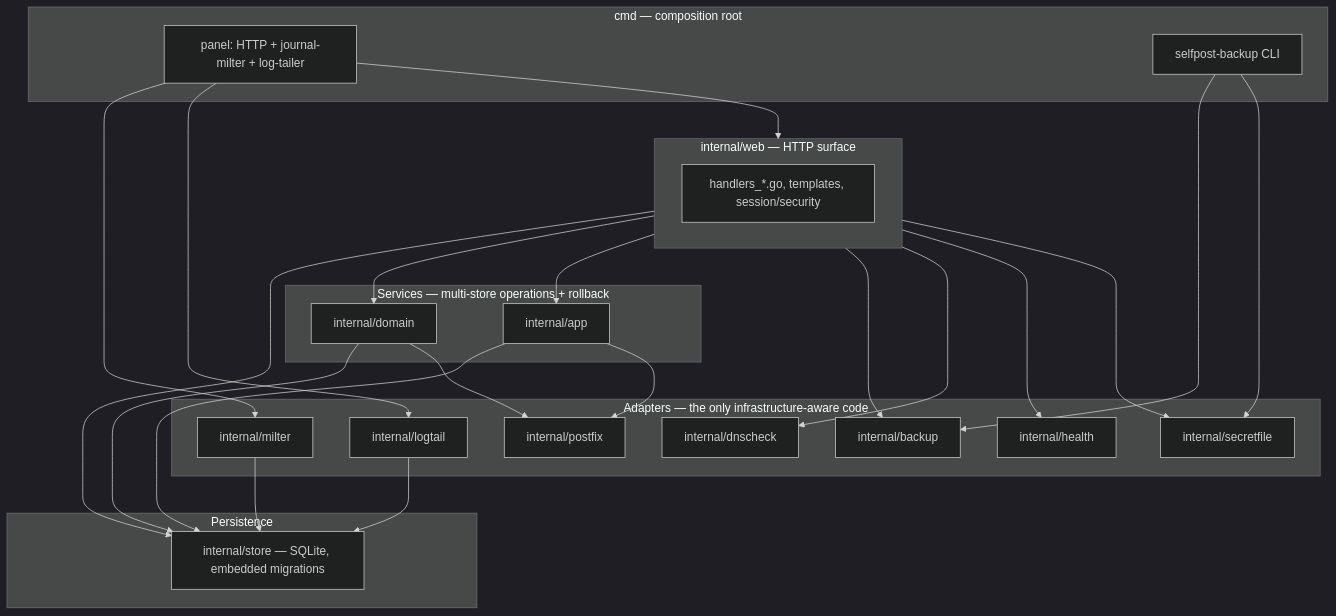
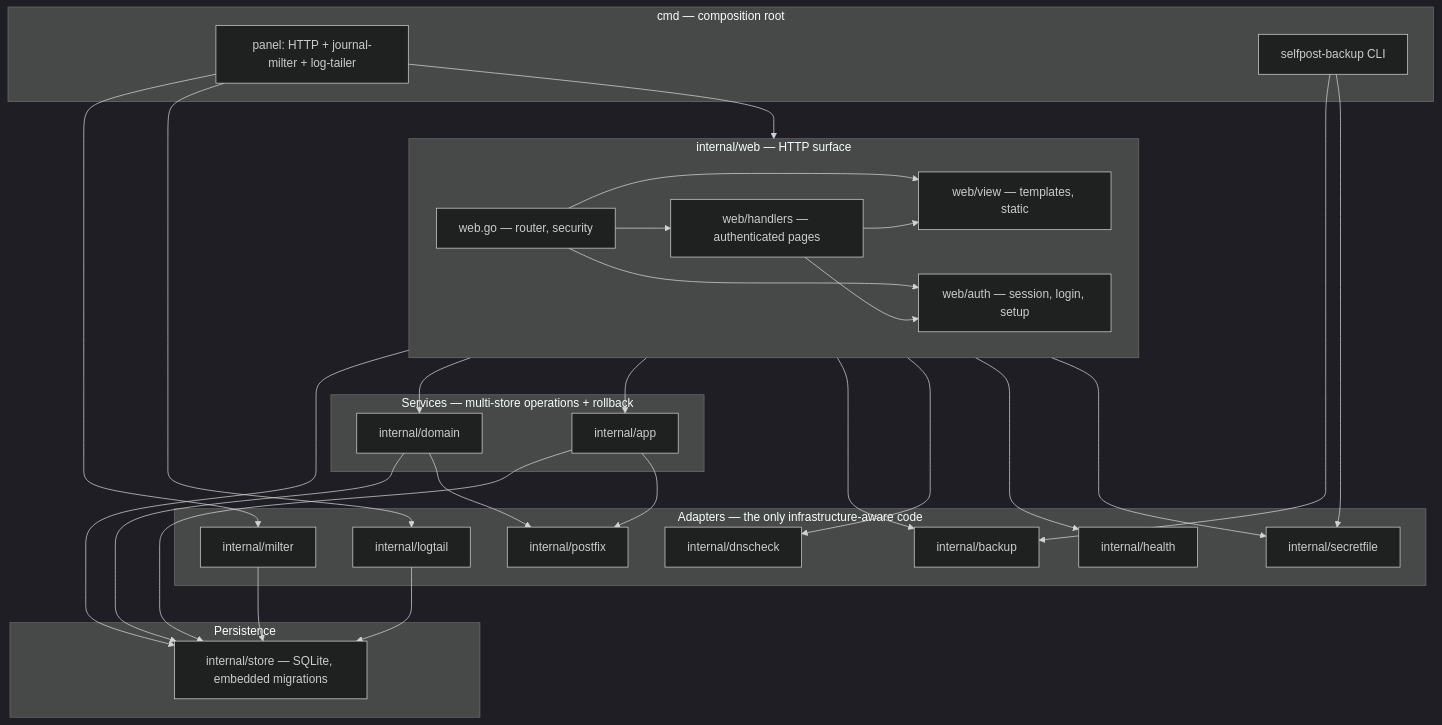
The diagram in docs/architecture.md (mixeme/selfpost), drawn with Mermaid (dark theme) before and after one commit. The commit also changed other lines of this file and 69 other files, not shown here.

````diff
--- a/docs/architecture.md
+++ b/docs/architecture.md
@@ -214,44 +214,52 @@
 ```mermaid
 flowchart TB
   subgraph cmd ["cmd — composition root"]
     panel["panel: HTTP + journal-milter + log-tailer"]
     backupcli["selfpost-backup CLI"]
   end
   subgraph web ["internal/web — HTTP surface"]
-    handlers["handlers_*.go, templates, session/security"]
+    webRoot["web.go — router, security"]
+    viewPkg["web/view — templates, static"]
+    authPkg["web/auth — session, login, setup"]
+    handlersPkg["web/handlers — authenticated pages"]
+    webRoot --> viewPkg
+    webRoot --> authPkg
+    webRoot --> handlersPkg
+    handlersPkg --> authPkg
+    handlersPkg --> viewPkg
   end
   subgraph services ["Services — multi-store operations + rollback"]
     domainSvc["internal/domain"]
     appSvc["internal/app"]
   end
   subgraph persistence ["Persistence"]
     store["internal/store — SQLite, embedded migrations"]
   end
   subgraph adapters ["Adapters — the only infrastructure-aware code"]
     postfix["internal/postfix"]
     milterPkg["internal/milter"]
     logtail["internal/logtail"]
     dnscheck["internal/dnscheck"]
     backupPkg["internal/backup"]
     health["internal/health"]
     secretfile["internal/secretfile"]
   end
   panel --> web
   panel --> milterPkg
   panel --> logtail
   backupcli --> backupPkg
   backupcli --> secretfile
   web --> store
   web --> domainSvc
   web --> appSvc
   web --> backupPkg
   web --> dnscheck
   web --> health
   web --> secretfile
   domainSvc --> store
   appSvc --> store
   milterPkg --> store
   logtail --> store
   domainSvc --> postfix
   appSvc --> postfix
 ```
````
